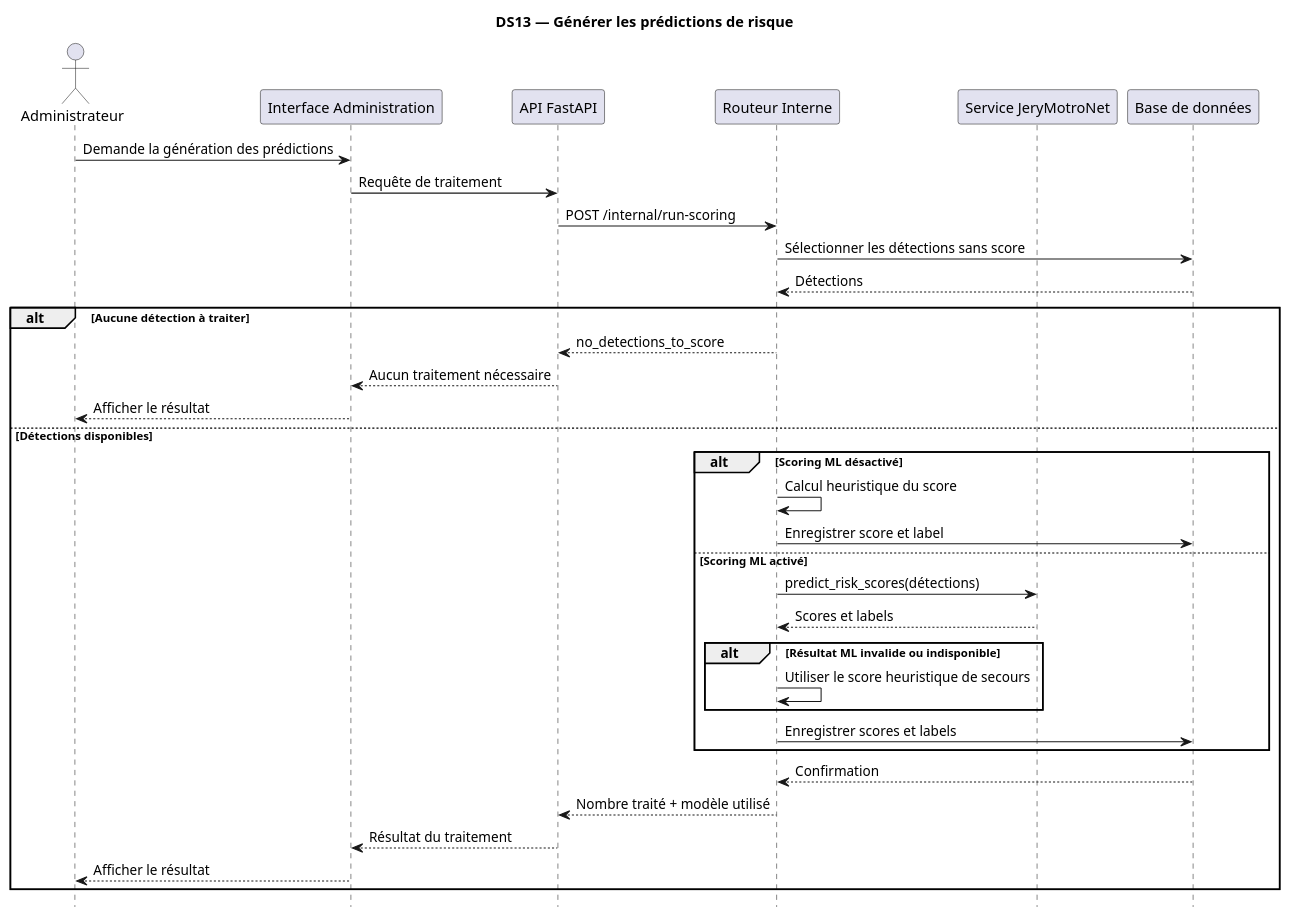
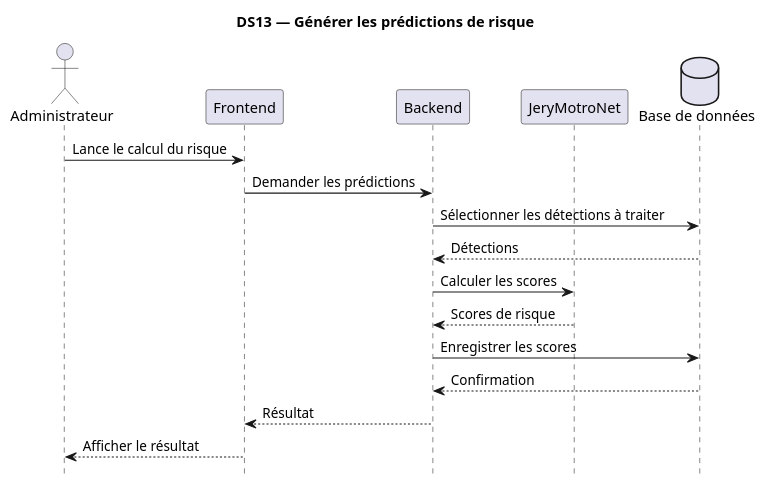
Before and after one commit to TkAbeleon/NoteAcemiqueProjetSoutenanceL3: the diagram in UML_JeryMotro/DS13_Generer_predictions_risque.plantuml, drawn with PlantUML.

Commit message:
Alléger DS13 avec le modèle ML

```diff
--- a/UML_JeryMotro/DS13_Generer_predictions_risque.plantuml
+++ b/UML_JeryMotro/DS13_Generer_predictions_risque.plantuml
@@ -1,42 +1,24 @@
 @startuml
 
 title DS13 — Générer les prédictions de risque
 hide footbox
 skinparam shadowing false
 
 actor "Administrateur" as A
-participant "Interface Administration" as I
-participant "API FastAPI" as API
-participant "Routeur Interne" as R
-participant "Service JeryMotroNet" as ML
-participant "Base de données" as DB
+participant "Frontend" as F
+participant "Backend" as B
+participant "JeryMotroNet" as ML
+database "Base de données" as DB
 
-A -> I : Demande la génération des prédictions
-I -> API : Requête de traitement
-API -> R : POST /internal/run-scoring
-R -> DB : Sélectionner les détections sans score
-DB --> R : Détections
-
-alt Aucune détection à traiter
-    R --> API : no_detections_to_score
-    API --> I : Aucun traitement nécessaire
-    I --> A : Afficher le résultat
-else Détections disponibles
-    alt Scoring ML désactivé
-        R -> R : Calcul heuristique du score
-        R -> DB : Enregistrer score et label
-    else Scoring ML activé
-        R -> ML : predict_risk_scores(détections)
-        ML --> R : Scores et labels
-        alt Résultat ML invalide ou indisponible
-            R -> R : Utiliser le score heuristique de secours
-        end
-        R -> DB : Enregistrer scores et labels
-    end
-    DB --> R : Confirmation
-    R --> API : Nombre traité + modèle utilisé
-    API --> I : Résultat du traitement
-    I --> A : Afficher le résultat
-end
+A -> F : Lance le calcul du risque
+F -> B : Demander les prédictions
+B -> DB : Sélectionner les détections à traiter
+DB --> B : Détections
+B -> ML : Calculer les scores
+ML --> B : Scores de risque
+B -> DB : Enregistrer les scores
+DB --> B : Confirmation
+B --> F : Résultat
+F --> A : Afficher le résultat
 
 @enduml
```
